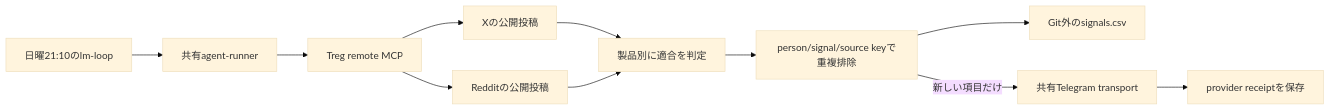
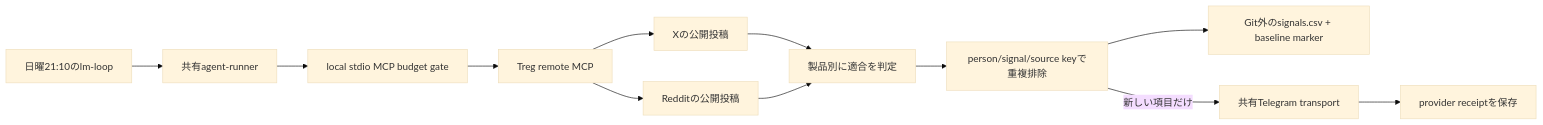
One commit to Daisuke134/life-manager changed the diagram in docs/superpowers/specs/2026-10-10-treg-product-growth-design.md. Above: the diagram before and after it, drawn with Mermaid (base theme). The commit also changed other lines of this file and 7 other files, not shown here.

Commit message:
fix: gate Treg spend before route calls

````diff
--- a/docs/superpowers/specs/2026-10-10-treg-product-growth-design.md
+++ b/docs/superpowers/specs/2026-10-10-treg-product-growth-design.md
@@ -62,13 +64,14 @@
 ```mermaid
 flowchart LR
   S[日曜21:10のlm-loop] --> C[共有agent-runner]
-  C --> M[Treg remote MCP]
+  C --> G[local stdio MCP budget gate]
+  G --> M[Treg remote MCP]
   M --> X[Xの公開投稿]
   M --> R[Redditの公開投稿]
   X --> Q[製品別に適合を判定]
   R --> Q
   Q --> D[person/signal/source keyで重複排除]
-  D --> CSV[Git外のsignals.csv]
+  D --> CSV[Git外のsignals.csv + baseline marker]
   D -->|新しい項目だけ| TG[共有Telegram transport]
   TG --> RC[provider receiptを保存]
 ```
````
